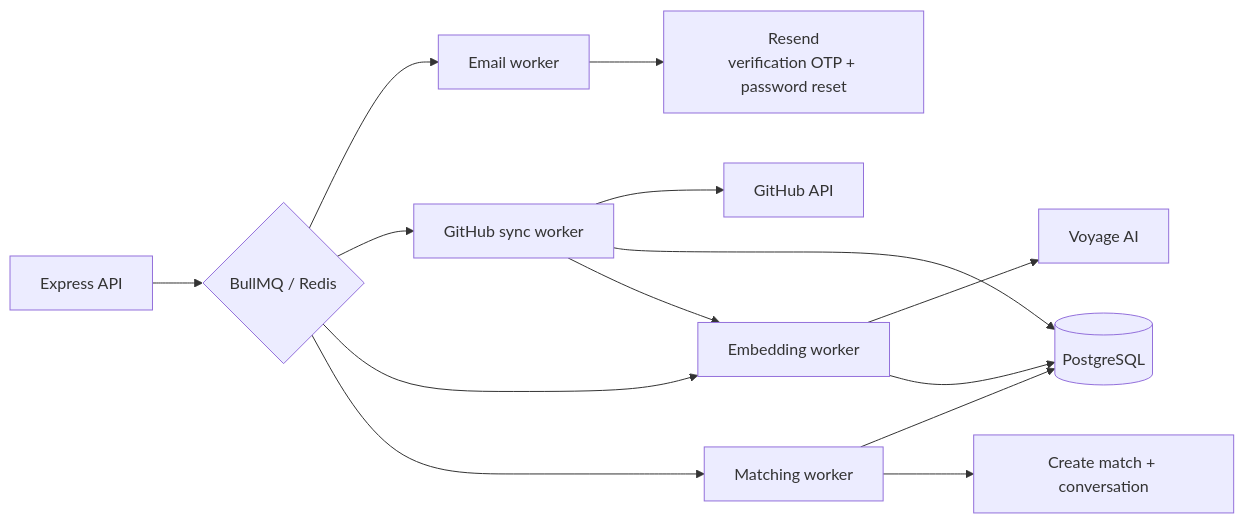
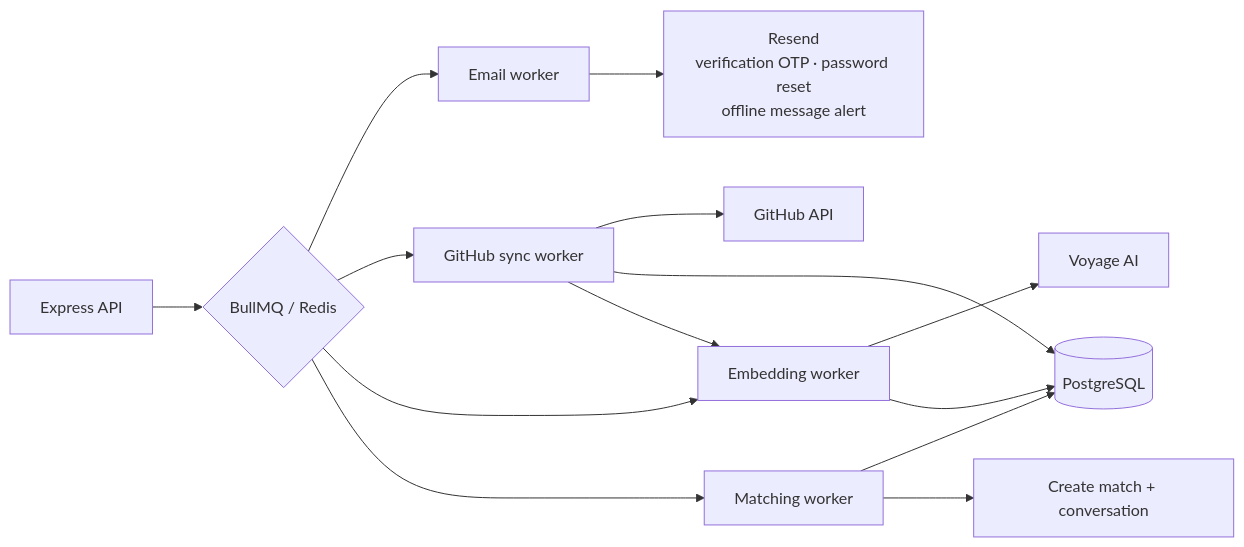
Before and after one commit to abhisheksajwan07/DevTinder: the third of 7 diagrams in README.md, drawn with Mermaid. The commit also changed other lines of this file and 26 other files, not shown here.

Commit message:
Add cursor pagination and offline message notifications

````diff
--- a/README.md
+++ b/README.md
@@ -72,17 +72,17 @@
 ```mermaid
 flowchart LR
     API[Express API] --> Q{BullMQ / Redis}
     Q --> EW[Email worker]
     Q --> GW[GitHub sync worker]
     Q --> VW[Embedding worker]
     Q --> MW[Matching worker]
 
-    EW --> RS[Resend<br/>verification OTP + password reset]
+    EW --> RS[Resend<br/>verification OTP · password reset<br/>offline message alert]
     GW --> GA[GitHub API]
     GW --> PG[(PostgreSQL)]
     GW --> VW
     VW --> VA[Voyage AI]
     VW --> PG
     MW --> PG
     MW --> MC[Create match + conversation]
 ```
````
